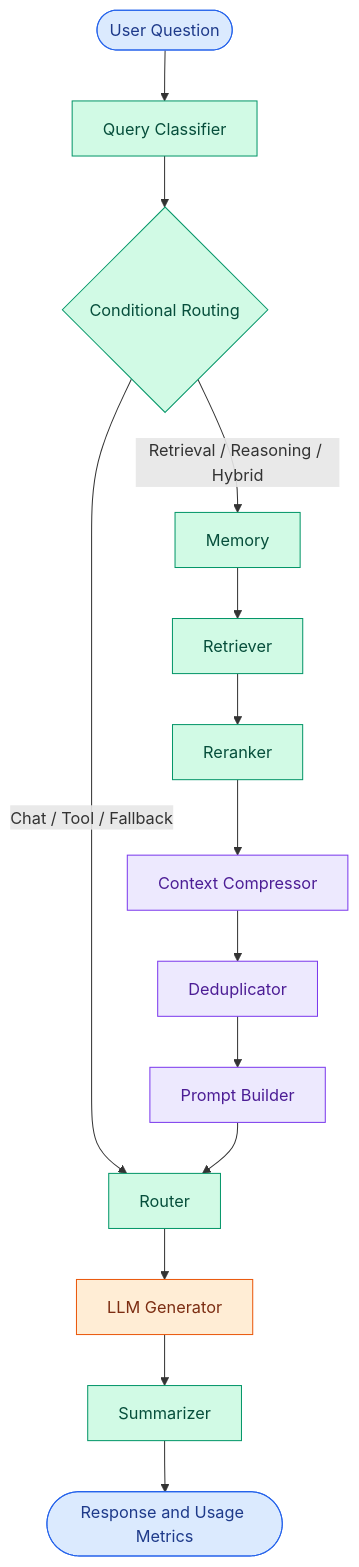
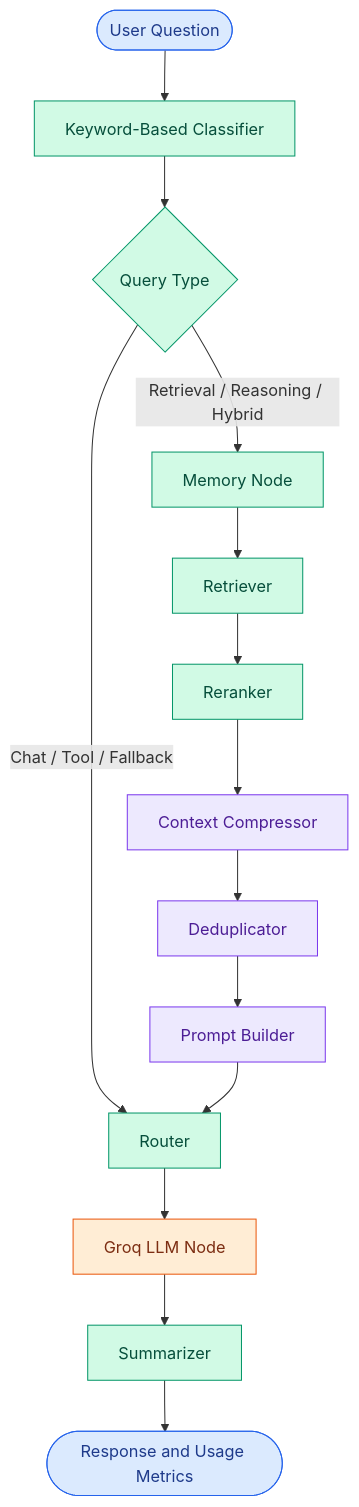
One commit to maahii-in/token-cost-cutting changed the diagram in README.md. Above: the diagram before and after it, drawn with Mermaid. The commit also changed other lines of this file, not shown here.

````diff
--- a/README.md
+++ b/README.md
@@ -153,30 +173,30 @@
 ```mermaid
 flowchart TD
-    START([User Question]) --> CLASSIFY[Query Classifier]
+    START([User Question]) --> CLASSIFIER[Keyword-Based Classifier]
 
-    CLASSIFY --> ROUTE{Conditional Routing}
+    CLASSIFIER --> ROUTING{Query Type}
 
-    ROUTE -->|Chat / Tool / Fallback| ROUTER[Router]
-    ROUTE -->|Retrieval / Reasoning / Hybrid| MEMORY[Memory]
+    ROUTING -->|Chat / Tool / Fallback| ROUTER[Router]
+    ROUTING -->|Retrieval / Reasoning / Hybrid| MEMORY[Memory Node]
 
-    MEMORY --> RETRIEVE[Retriever]
-    RETRIEVE --> RERANK[Reranker]
-    RERANK --> COMPRESS[Context Compressor]
-    COMPRESS --> DEDUP[Deduplicator]
-    DEDUP --> PROMPT[Prompt Builder]
+    MEMORY --> RETRIEVER[Retriever]
+    RETRIEVER --> RERANKER[Reranker]
+    RERANKER --> COMPRESSOR[Context Compressor]
+    COMPRESSOR --> DEDUPLICATOR[Deduplicator]
+    DEDUPLICATOR --> PROMPT[Prompt Builder]
 
     PROMPT --> ROUTER
-    ROUTER --> LLM[LLM Generator]
-    LLM --> SUMMARY[Summarizer]
-    SUMMARY --> FINISH([Response and Usage Metrics])
+    ROUTER --> LLM[Groq LLM Node]
+    LLM --> SUMMARIZER[Summarizer]
+    SUMMARIZER --> END([Response and Usage Metrics])
 
-    classDef entry fill:#DBEAFE,stroke:#2563EB,color:#1E3A8A
+    classDef startend fill:#DBEAFE,stroke:#2563EB,color:#1E3A8A
     classDef processing fill:#D1FAE5,stroke:#059669,color:#064E3B
-    classDef optimization fill:#EDE9FE,stroke:#7C3AED,color:#4C1D95
+    classDef optimize fill:#EDE9FE,stroke:#7C3AED,color:#4C1D95
     classDef generation fill:#FFEDD5,stroke:#EA580C,color:#7C2D12
 
-    class START,FINISH entry
-    class CLASSIFY,ROUTE,MEMORY,RETRIEVE,RERANK,ROUTER,SUMMARY processing
-    class COMPRESS,DEDUP,PROMPT optimization
+    class START,END startend
+    class CLASSIFIER,ROUTING,MEMORY,RETRIEVER,RERANKER,ROUTER,SUMMARIZER processing
+    class COMPRESSOR,DEDUPLICATOR,PROMPT optimize
     class LLM generation
 ```
````
